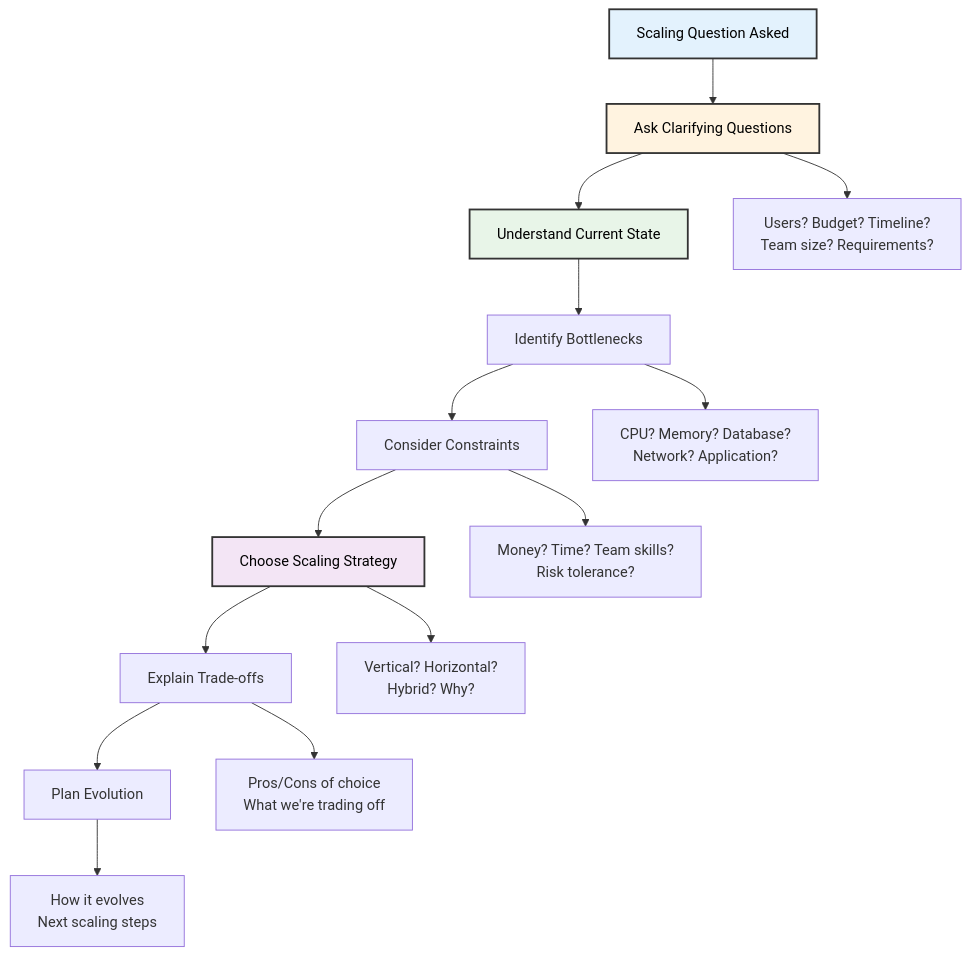
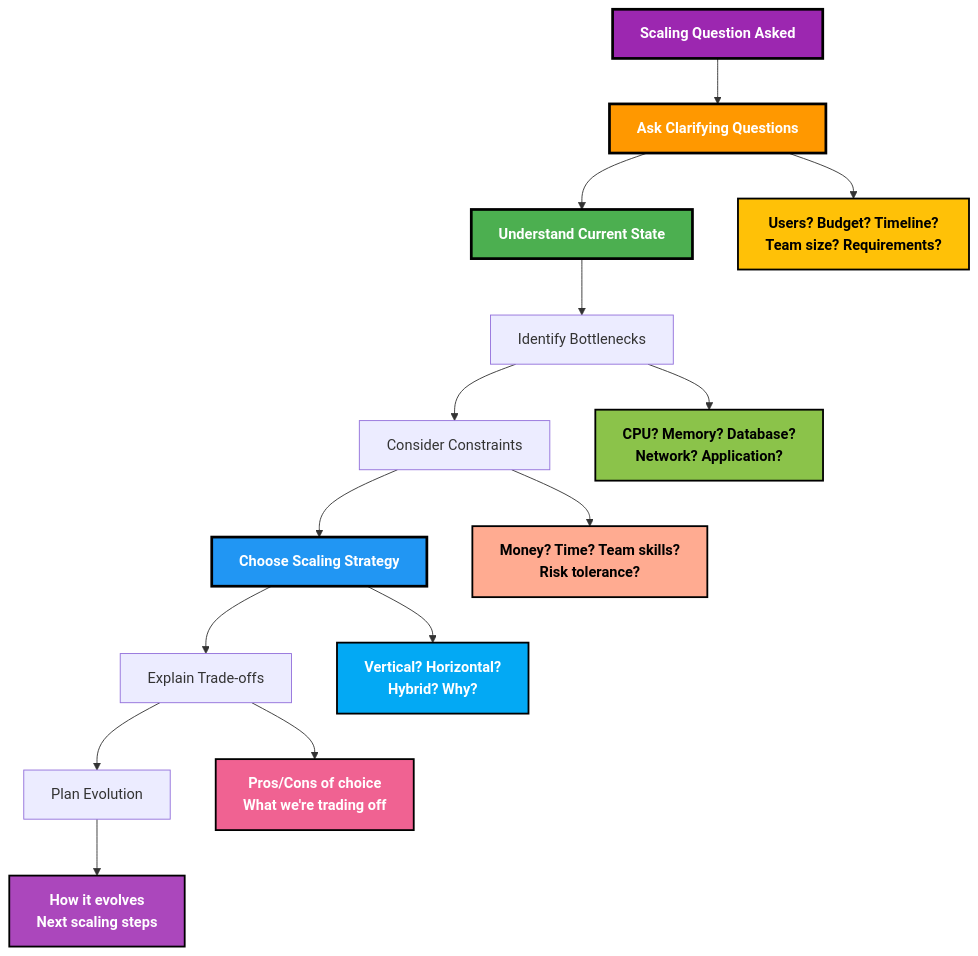
One commit to SrinathBegudem/Daily_coding_pratice changed diagram 18 of 18 in System_Design/Scaling.md. Above: the diagram before and after it, drawn with Mermaid.

Commit message:
added scaling3

````diff
--- a/System_Design/Scaling.md
+++ b/System_Design/Scaling.md
@@ -1145,22 +1145,28 @@
 ```mermaid
 flowchart TD
     A[Scaling Question Asked] --> B[Ask Clarifying Questions]
     B --> C[Understand Current State]
     C --> D[Identify Bottlenecks]
     D --> E[Consider Constraints]
     E --> F[Choose Scaling Strategy]
     F --> G[Explain Trade-offs]
     G --> H[Plan Evolution]
     
     B --> B1[Users? Budget? Timeline?<br/>Team size? Requirements?]
     D --> D1[CPU? Memory? Database?<br/>Network? Application?]
     E --> E1[Money? Time? Team skills?<br/>Risk tolerance?]
     F --> F1[Vertical? Horizontal?<br/>Hybrid? Why?]
     G --> G1[Pros/Cons of choice<br/>What we're trading off]
     H --> H1[How it evolves<br/>Next scaling steps]
     
-    style A fill:#e3f2fd,stroke:#333,stroke-width:2px,color:#000
-    style B fill:#fff3e0,stroke:#333,stroke-width:2px,color:#000
-    style C fill:#e8f5e8,stroke:#333,stroke-width:2px,color:#000
-    style F fill:#f3e5f5,stroke:#333,stroke-width:2px,color:#000
+    style A fill:#9c27b0,stroke:#000,stroke-width:3px,color:#fff,font-weight:bold
+    style B fill:#ff9800,stroke:#000,stroke-width:3px,color:#fff,font-weight:bold
+    style C fill:#4caf50,stroke:#000,stroke-width:3px,color:#fff,font-weight:bold
+    style F fill:#2196f3,stroke:#000,stroke-width:3px,color:#fff,font-weight:bold
+    style B1 fill:#ffc107,stroke:#000,stroke-width:2px,color:#000,font-weight:bold
+    style D1 fill:#8bc34a,stroke:#000,stroke-width:2px,color:#000,font-weight:bold
+    style E1 fill:#ffab91,stroke:#000,stroke-width:2px,color:#000,font-weight:bold
+    style F1 fill:#03a9f4,stroke:#000,stroke-width:2px,color:#fff,font-weight:bold
+    style G1 fill:#f06292,stroke:#000,stroke-width:2px,color:#fff,font-weight:bold
+    style H1 fill:#ab47bc,stroke:#000,stroke-width:2px,color:#fff,font-weight:bold
 ```
````
